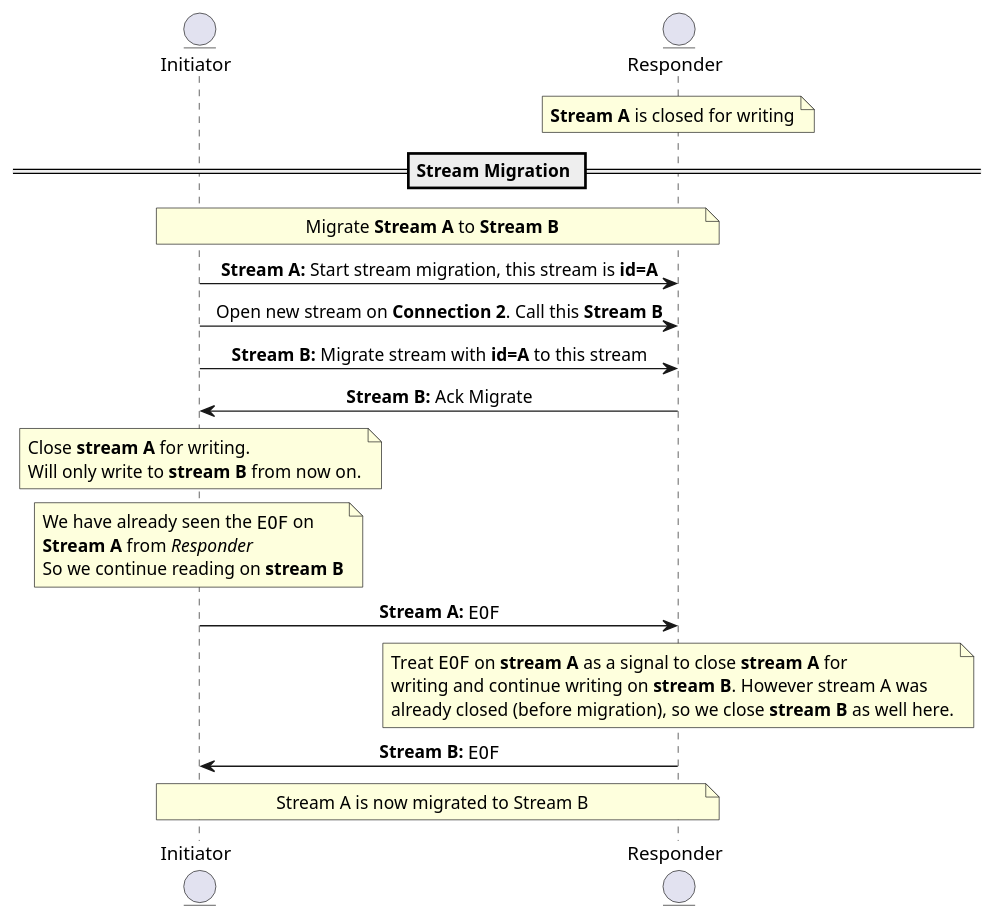
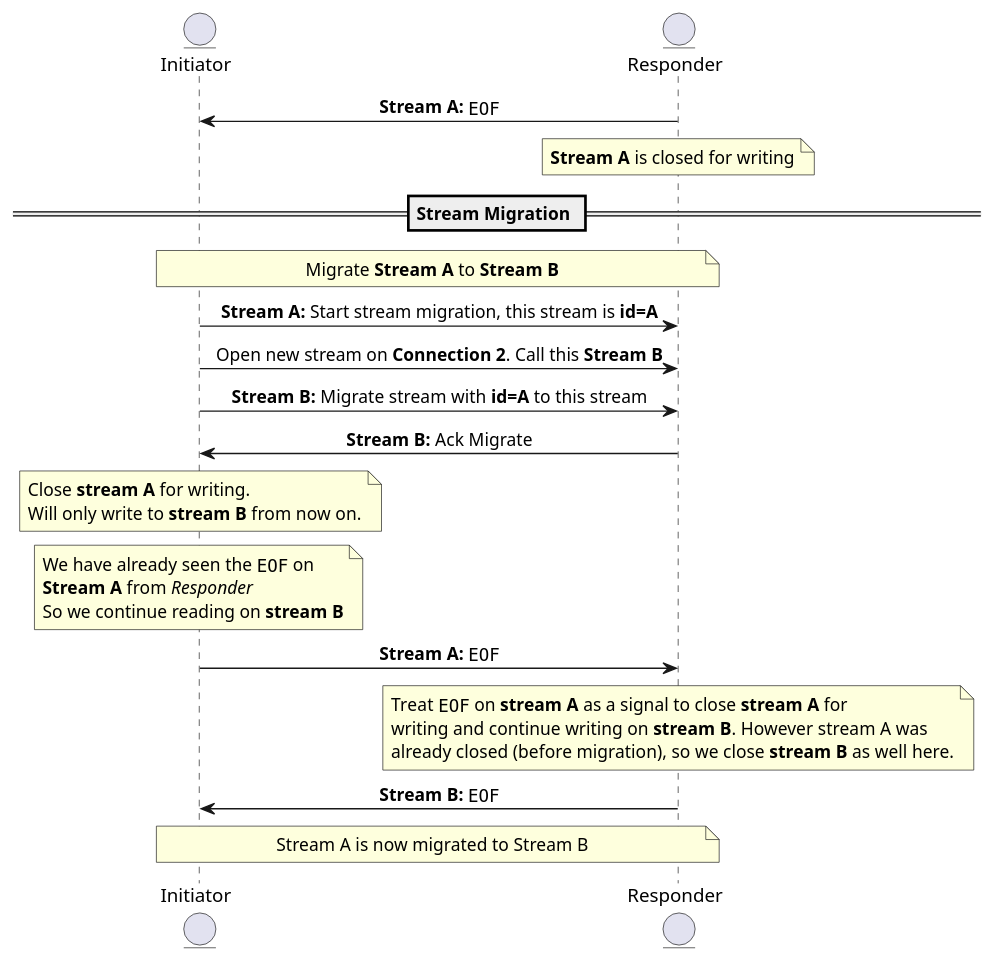
One commit to libp2p/specs changed the second of 2 diagrams in connections/stream-migration.md. Above: the diagram before and after it, drawn with PlantUML. The commit also changed other lines of this file and 2 other files, not shown here.

````diff
--- a/connections/stream-migration.md
+++ b/connections/stream-migration.md
@@ -124,44 +122,45 @@
 ``` plantuml
 @startuml stream-migration-half-closed
 skinparam sequenceMessageAlign center
 entity Initiator
 entity Responder
 
+Initiator <- Responder: <b>Stream A:</b> ""EOF""
 note over Responder: <b>Stream A</b> is closed for writing
 
 == Stream Migration ==
 
 note over Initiator, Responder: Migrate <b>Stream A</b> to <b>Stream B</b>
 
 Initiator -> Responder: <b>Stream A:</b> Start stream migration, this stream is <b>id=A</b>
 
 Initiator -> Responder: Open new stream on <b>Connection 2</b>. Call this <b>Stream B</b>
 
 Initiator -> Responder: <b>Stream B:</b> Migrate stream with <b>id=A</b> to this stream
 Initiator <- Responder: <b>Stream B:</b> Ack Migrate
 
 note over Initiator
     Close <b>stream A</b> for writing.
     Will only write to <b>stream B</b> from now on.
 end note
 
 
 note over Initiator
     We have already seen the ""EOF"" on
     <b>Stream A</b> from <i>Responder</i>
     So we continue reading on <b>stream B</b>
 end note
 
 Initiator -> Responder: <b>Stream A:</b> ""EOF""
 
 note over Responder
     Treat ""EOF"" on <b>stream A</b> as a signal to close <b>stream A</b> for
     writing and continue writing on <b>stream B</b>. However stream A was
     already closed (before migration), so we close <b>stream B</b> as well here.
 end note
 Initiator <- Responder: <b>Stream B:</b> ""EOF""
 
 
 note over Initiator, Responder: Stream A is now migrated to Stream B
 @enduml
 ```
````
